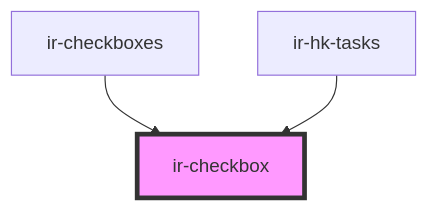
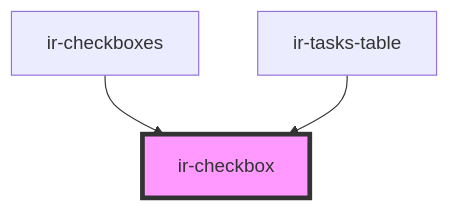
One commit to David1Chowaifaty/modified-ir-webcmp changed the diagram in src/components/ir-checkbox/readme.md. Above: the diagram before and after it, drawn with Mermaid. The commit also changed other lines of this file and 34 other files, not shown here.

````diff
--- a/src/components/ir-checkbox/readme.md
+++ b/src/components/ir-checkbox/readme.md
@@ -34,6 +34,6 @@
 ```mermaid
 graph TD;
   ir-checkboxes --> ir-checkbox
-  ir-hk-tasks --> ir-checkbox
+  ir-tasks-table --> ir-checkbox
   style ir-checkbox fill:#f9f,stroke:#333,stroke-width:4px
 ```
````
